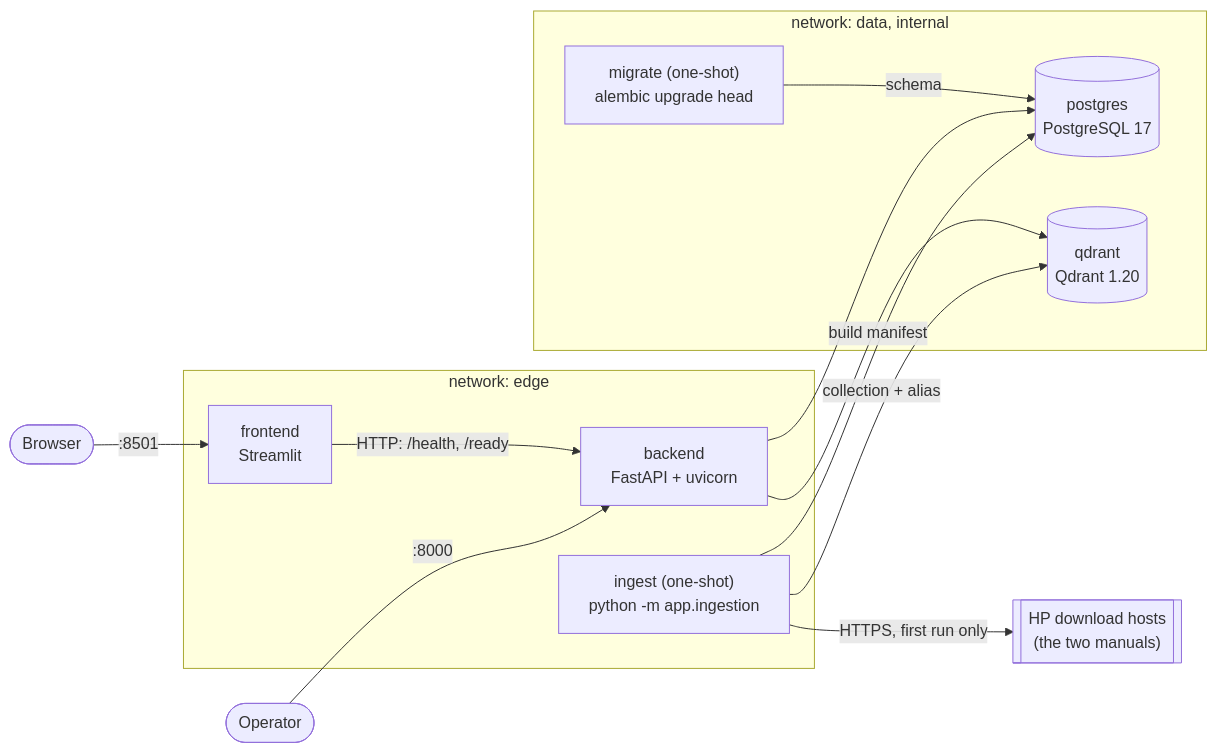
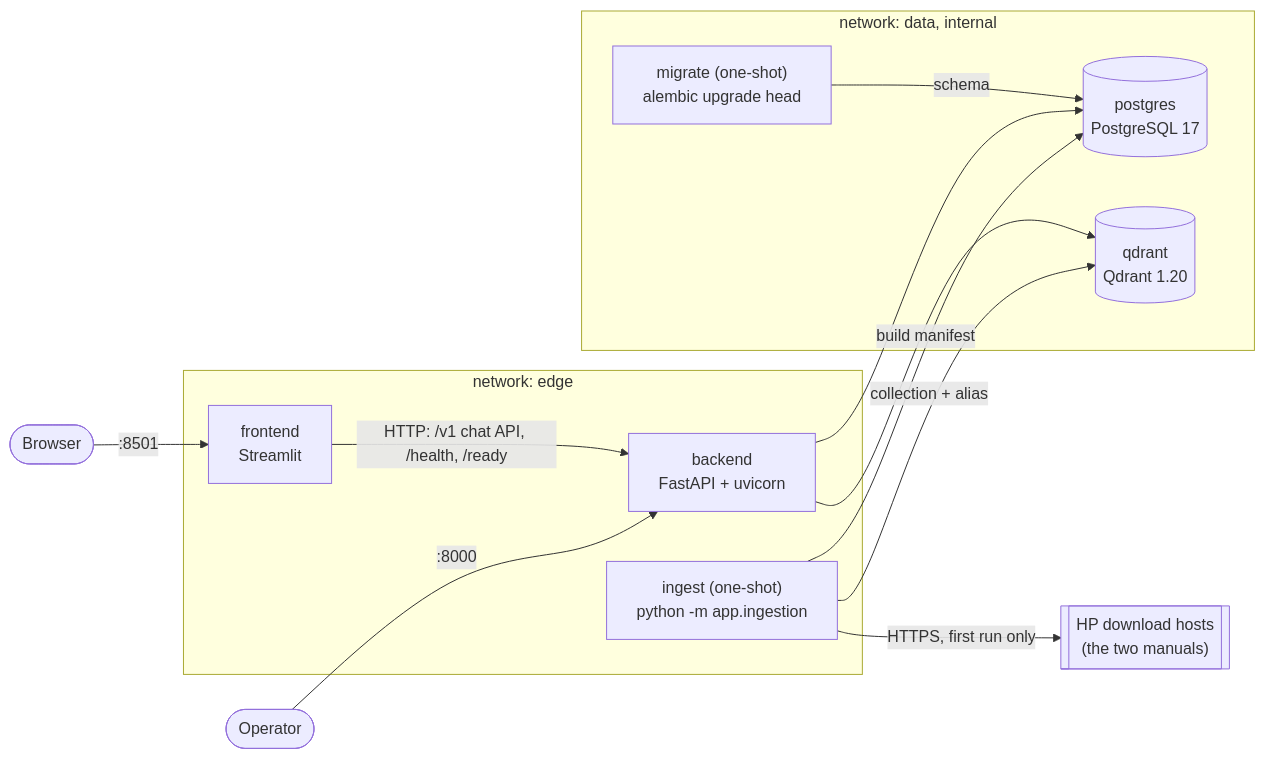
The diagram in README.md (mdaroldi/Chatbot-HP), drawn with Mermaid before and after one commit. The commit also changed other lines of this file and 3 other files, not shown here.

````diff
--- a/README.md
+++ b/README.md
@@ -18,23 +18,23 @@
 ```mermaid
 flowchart LR
     user([Browser]) -->|":8501"| frontend
     subgraph edge [network: edge]
         frontend["frontend<br/>Streamlit"]
         backend["backend<br/>FastAPI + uvicorn"]
         ingest["ingest (one-shot)<br/>python -m app.ingestion"]
     end
     subgraph data [network: data, internal]
         migrate["migrate (one-shot)<br/>alembic upgrade head"]
         postgres[("postgres<br/>PostgreSQL 17")]
         qdrant[("qdrant<br/>Qdrant 1.20")]
     end
     hp[["HP download hosts<br/>(the two manuals)"]]
-    frontend -->|"HTTP: /health, /ready"| backend
+    frontend -->|"HTTP: /v1 chat API, /health, /ready"| backend
     operator([Operator]) -->|":8000"| backend
     migrate -->|"schema"| postgres
     ingest -->|"build manifest"| postgres
     ingest -->|"collection + alias"| qdrant
     ingest -->|"HTTPS, first run only"| hp
     backend --> postgres
     backend --> qdrant
 ```
````
